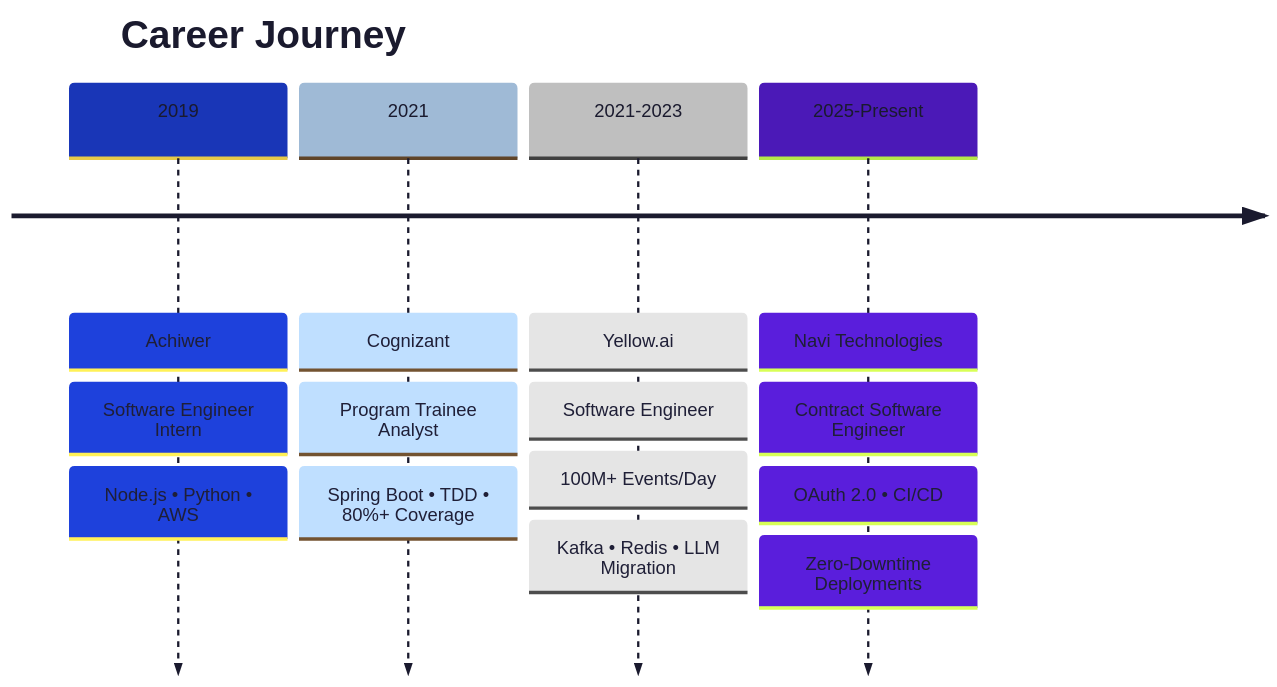
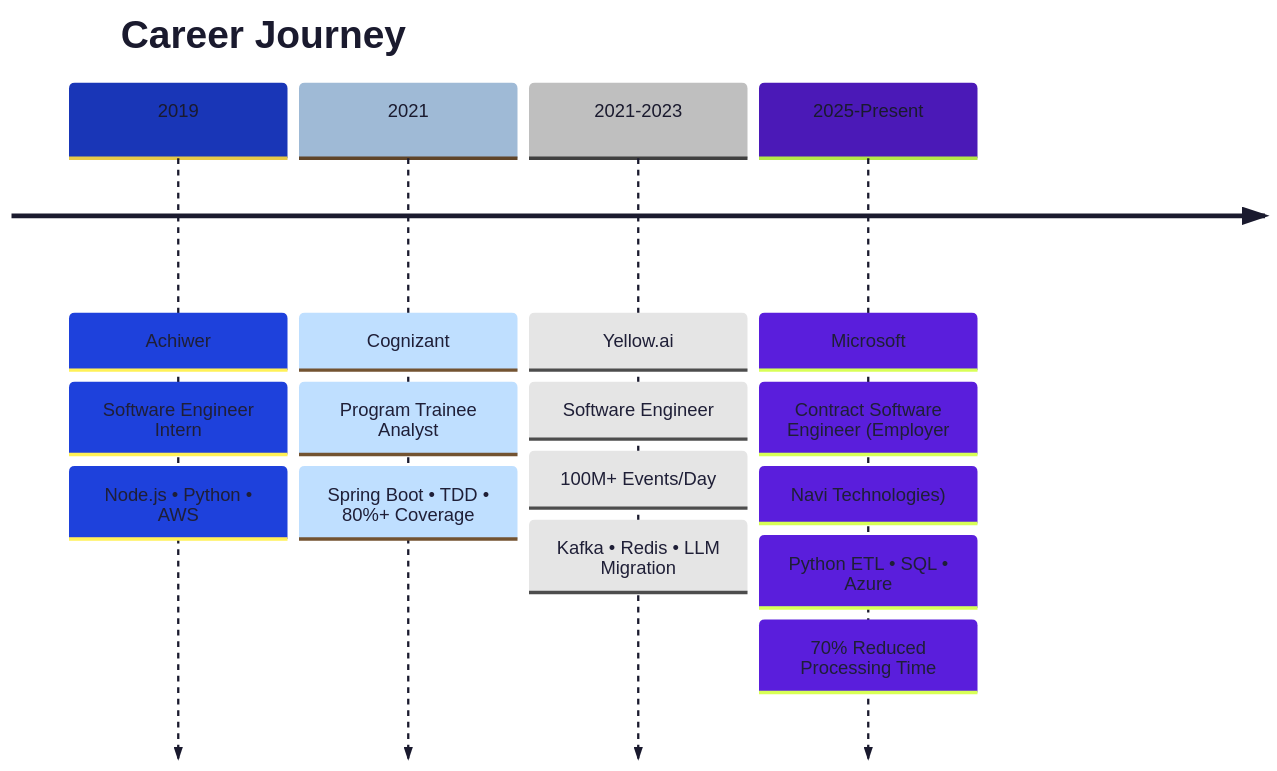
The diagram in README.md (Manishrdy/manishrdy), drawn with Mermaid before and after one commit. The commit also changed other lines of this file and 1 other file, not shown here.

Commit message:
updated resume and webpage

````diff
--- a/README.md
+++ b/README.md
@@ -153,23 +153,23 @@
 ```mermaid
 %%{init: {'theme': 'base', 'themeVariables': { 'primaryColor': '#667eea', 'primaryTextColor': '#1a1a2e', 'primaryBorderColor': '#764ba2', 'lineColor': '#667eea', 'secondaryColor': '#f8fafc', 'tertiaryColor': '#ffffff'}}}%%
 timeline
     title Career Journey
     
     2019 : Achiwer
          : Software Engineer Intern
          : Node.js • Python • AWS
     
     2021 : Cognizant
          : Program Trainee Analyst
          : Spring Boot • TDD • 80%+ Coverage
     
     2021-2023 : Yellow.ai
                : Software Engineer
                : 100M+ Events/Day
                : Kafka • Redis • LLM Migration
     
-    2025-Present : Navi Technologies
-                 : Contract Software Engineer
-                 : OAuth 2.0 • CI/CD
-                 : Zero-Downtime Deployments
+    2025-Present : Microsoft
+                 : Contract Software Engineer (Employer: Navi Technologies)
+                 : Python ETL • SQL • Azure
+                 : 70% Reduced Processing Time
 ```
````
